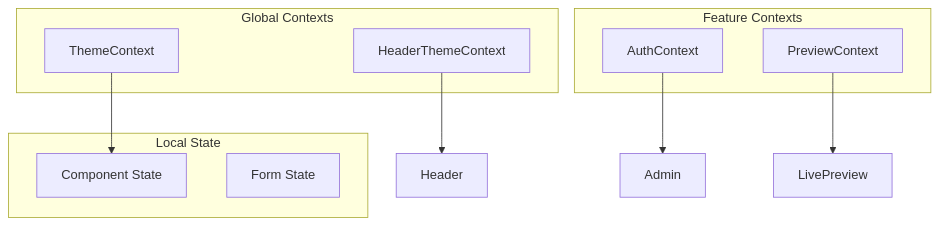
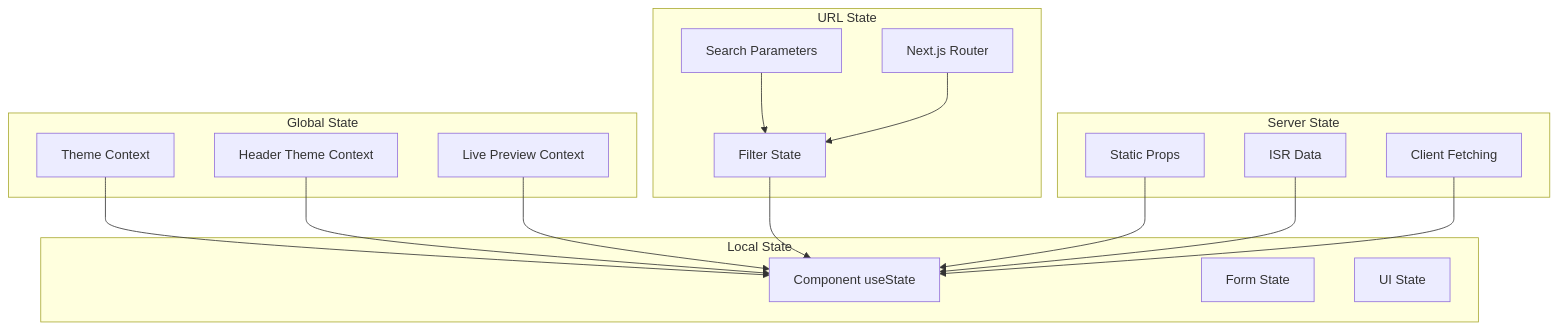
One commit to surya-madhav/portfolio-blog-2025 changed the tenth of 12 diagrams in docs/frontend-architecture.md. Above: the diagram before and after it, drawn with Mermaid. The commit also changed other lines of this file and 33 other files, not shown here.

Commit message:
Add utility for base URL retrieval, enhance theme selector type safety, and implement revalidation for header and footer

````diff
--- a/docs/frontend-architecture.md
+++ b/docs/frontend-architecture.md
@@ -382,22 +677,38 @@
 ```mermaid
 graph TD
-    subgraph "Global Contexts"
-        Theme[ThemeContext]
-        HeaderTheme[HeaderThemeContext]
+    subgraph "Global State"
+        Theme[Theme Context]
+        Header[Header Theme Context]
+        Preview[Live Preview Context]
     end
     
-    subgraph "Feature Contexts"
-        Auth[AuthContext]
-        Preview[PreviewContext]
+    subgraph "URL State"
+        SearchParams[Search Parameters]
+        Routing[Next.js Router]
+        Filters[Filter State]
     end
     
     subgraph "Local State"
-        Component[Component State]
-        Form[Form State]
+        ComponentState[Component useState]
+        FormState[Form State]
+        UIState[UI State]
     end
     
-    Theme --> Component
-    HeaderTheme --> Header
-    Auth --> Admin
-    Preview --> LivePreview
+    subgraph "Server State"
+        StaticData[Static Props]
+        ISRData[ISR Data]
+        ClientFetch[Client Fetching]
+    end
+    
+    Theme --> ComponentState
+    Header --> ComponentState
+    Preview --> ComponentState
+    
+    SearchParams --> Filters
+    Routing --> Filters
+    Filters --> ComponentState
+    
+    StaticData --> ComponentState
+    ISRData --> ComponentState
+    ClientFetch --> ComponentState
 ```
````
